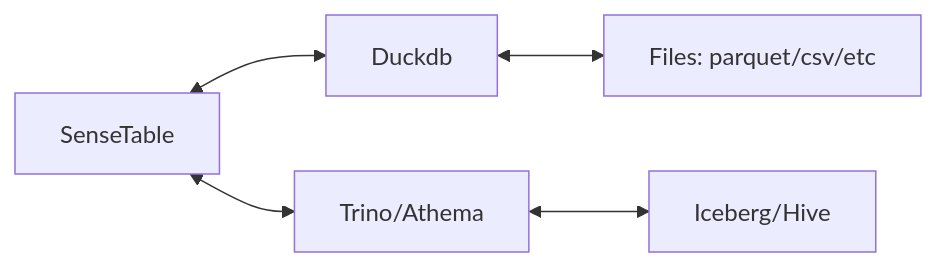
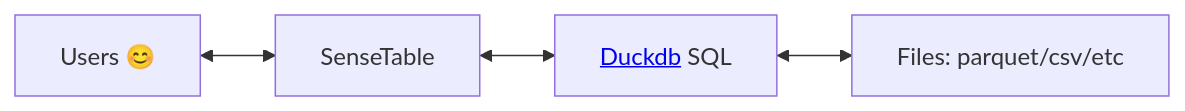
One commit to SmooSenseAI/sense-table changed the first of 2 diagrams in docs/guide/index.md. Above: the diagram before and after it, drawn with Mermaid. The commit also changed other lines of this file and 4 other files, not shown here.

````diff
--- a/docs/guide/index.md
+++ b/docs/guide/index.md
@@ -33,6 +98,5 @@
 ```mermaid
 graph LR
-    S[SenseTable]
-    S <--> Duckdb <--> Files[Files: parquet/csv/etc]
-    S <--> Q[Trino/Athema] <--> T[Iceberg/Hive]
+    U[Users 😊] <--> S[SenseTable]
+    S <--> D[<a href="https://duckdb.org" target=_blank>Duckdb</a> SQL] <--> Files[Files: parquet/csv/etc]
 ```
````
